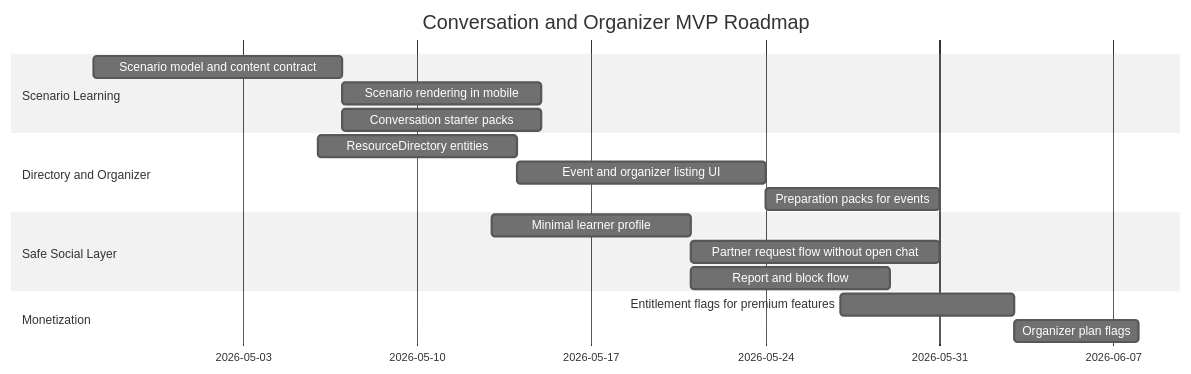
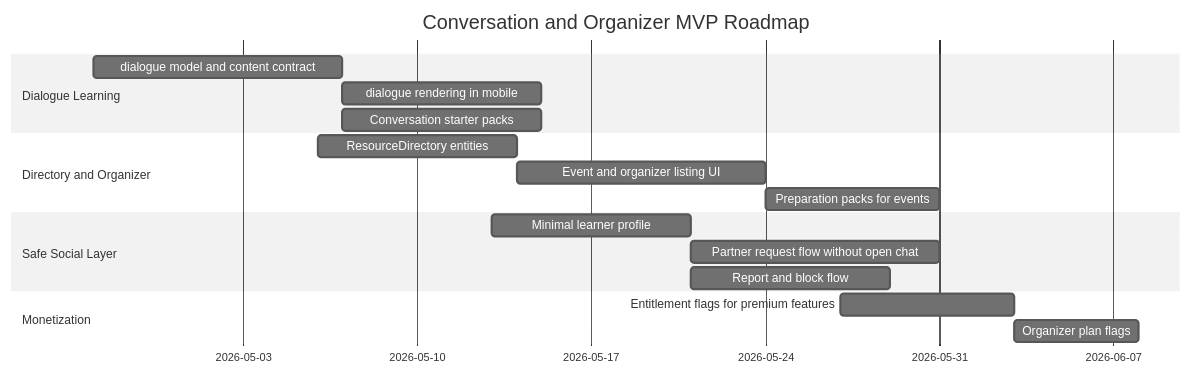
Before and after one commit to Loyan-UG/DarwinLingua: the second of 2 diagrams in docs/63-Market-Product-And-Organizer-Strategy.md, drawn with Mermaid (neutral theme). The commit also changed other lines of this file and 1307 other files, not shown here.

Commit message:
Add Talk Topics content model and Web support

````diff
--- a/docs/63-Market-Product-And-Organizer-Strategy.md
+++ b/docs/63-Market-Product-And-Organizer-Strategy.md
@@ -503,20 +504,20 @@
 ```mermaid
 gantt
     title Conversation and Organizer MVP Roadmap
     dateFormat  YYYY-MM-DD
-    section Scenario Learning
-    Scenario model and content contract      :a1, 2026-04-27, 10d
-    Scenario rendering in mobile             :a2, after a1, 8d
+    section Dialogue Learning
+    dialogue model and content contract      :a1, 2026-04-27, 10d
+    dialogue rendering in mobile             :a2, after a1, 8d
     Conversation starter packs               :a3, after a1, 8d
     section Directory and Organizer
     ResourceDirectory entities               :b1, 2026-05-06, 8d
     Event and organizer listing UI           :b2, after b1, 10d
     Preparation packs for events             :b3, after b2, 7d
     section Safe Social Layer
     Minimal learner profile                  :c1, 2026-05-13, 8d
     Partner request flow without open chat   :c2, after c1, 10d
     Report and block flow                    :c3, after c1, 8d
     section Monetization
     Entitlement flags for premium features   :d1, 2026-05-27, 7d
     Organizer plan flags                     :d2, after d1, 5d
 ```
````
